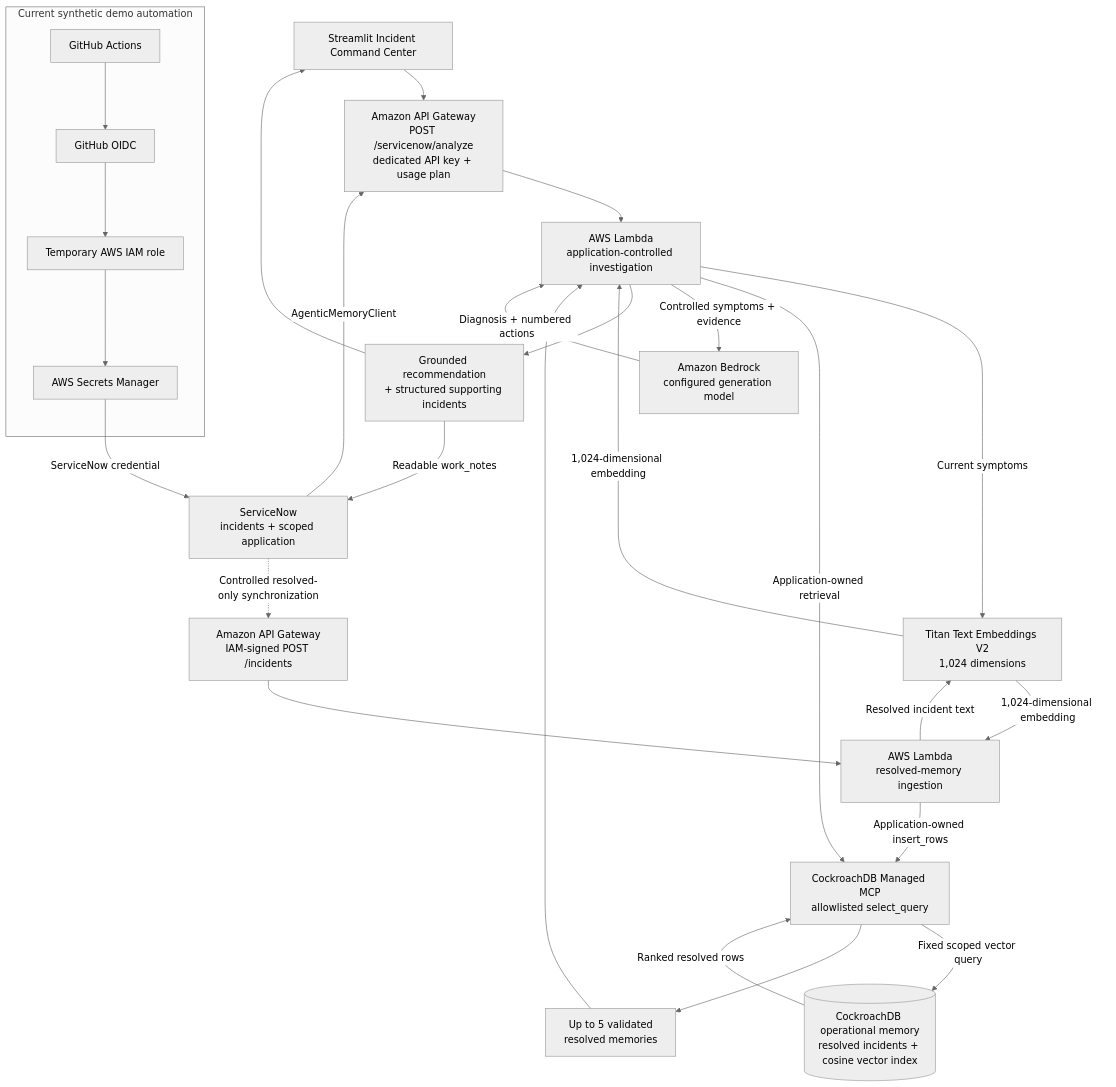
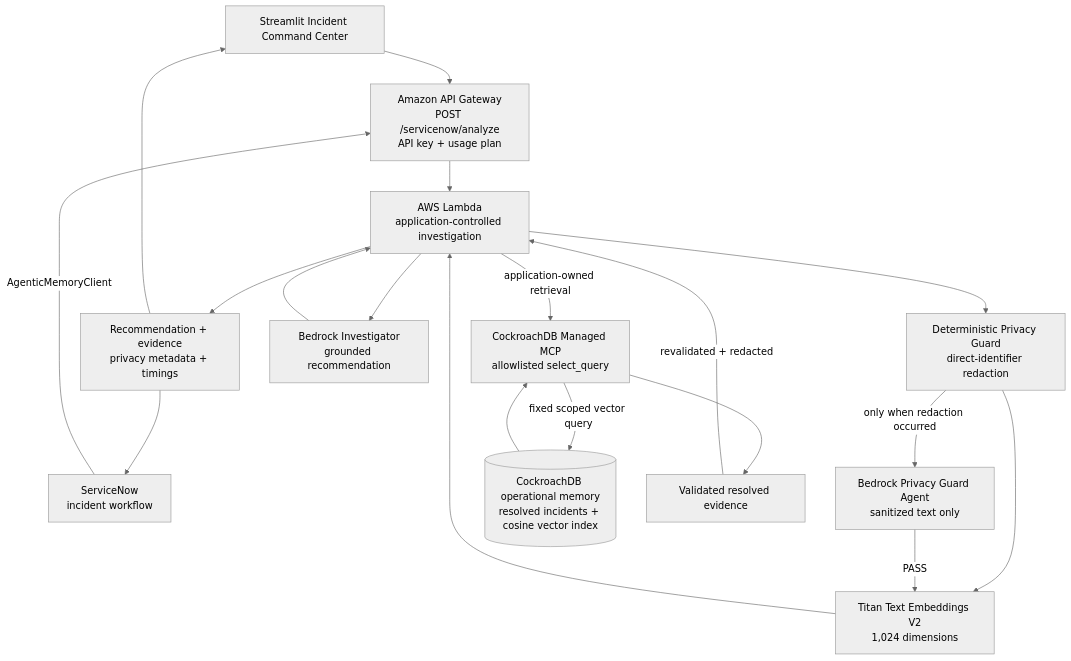
Before and after one commit to robert-lukowski/cockroach-agentic-memory: the diagram in README.md, drawn with Mermaid (neutral theme). The commit also changed other lines of this file, not shown here.

Commit message:
docs: promote Privacy Guard agent in hackathon README

````diff
--- a/README.md
+++ b/README.md
@@ -53,43 +58,34 @@
 ```mermaid
 flowchart TB
     UI["Streamlit Incident Command Center"]
-    SN["ServiceNow<br/>incidents + scoped application"]
-    API["Amazon API Gateway<br/>POST /servicenow/analyze<br/>dedicated API key + usage plan"]
+    SN["ServiceNow<br/>incident workflow"]
+    API["Amazon API Gateway<br/>POST /servicenow/analyze<br/>API key + usage plan"]
     LAMBDA["AWS Lambda<br/>application-controlled investigation"]
+    REDACT["Deterministic Privacy Guard<br/>direct-identifier redaction"]
+    AUDIT["Bedrock Privacy Guard Agent<br/>sanitized text only"]
     TITAN["Titan Text Embeddings V2<br/>1,024 dimensions"]
     MCP["CockroachDB Managed MCP<br/>allowlisted select_query"]
     MEMORY[("CockroachDB operational memory<br/>resolved incidents + cosine vector index")]
-    EVIDENCE["Up to 5 validated<br/>resolved memories"]
-    BEDROCK["Amazon Bedrock<br/>configured generation model"]
-    RESULT["Grounded recommendation<br/>+ structured supporting incidents"]
-    INGEST_API["Amazon API Gateway<br/>IAM-signed POST /incidents"]
-    INGEST_LAMBDA["AWS Lambda<br/>resolved-memory ingestion"]
+    EVIDENCE["Validated resolved evidence"]
+    BEDROCK["Bedrock Investigator<br/>grounded recommendation"]
+    RESULT["Recommendation + evidence<br/>privacy metadata + timings"]
 
     UI --> API
     SN -->|AgenticMemoryClient| API
     API --> LAMBDA
-    LAMBDA -->|Current symptoms| TITAN
-    TITAN -->|1,024-dimensional embedding| LAMBDA
-    LAMBDA -->|Application-owned retrieval| MCP
-    MCP -->|Fixed scoped vector query| MEMORY
-    MEMORY -->|Ranked resolved rows| MCP
+    LAMBDA --> REDACT
+    REDACT -->|only when redaction occurred| AUDIT
+    REDACT --> TITAN
+    AUDIT -->|PASS| TITAN
+    TITAN --> LAMBDA
+    LAMBDA -->|application-owned retrieval| MCP
+    MCP -->|fixed scoped vector query| MEMORY
+    MEMORY --> MCP
     MCP --> EVIDENCE
-    EVIDENCE --> LAMBDA
-    LAMBDA -->|Controlled symptoms + evidence| BEDROCK
-    BEDROCK -->|Diagnosis + numbered actions| LAMBDA
+    EVIDENCE -->|revalidated + redacted| LAMBDA
+    LAMBDA --> BEDROCK
+    BEDROCK --> LAMBDA
     LAMBDA --> RESULT
     RESULT --> UI
-    RESULT -->|Readable work_notes| SN
-
-    subgraph DEMO["Current synthetic demo automation"]
-        GHA["GitHub Actions"] --> OIDC["GitHub OIDC"]
-        OIDC --> ROLE["Temporary AWS IAM role"]
-        ROLE --> SECRETS["AWS Secrets Manager"]
-    end
-    SECRETS -->|ServiceNow credential| SN
-    SN -.->|Controlled resolved-only synchronization| INGEST_API
-    INGEST_API --> INGEST_LAMBDA
-    INGEST_LAMBDA -->|Resolved incident text| TITAN
-    TITAN -->|1,024-dimensional embedding| INGEST_LAMBDA
-    INGEST_LAMBDA -->|Application-owned insert_rows| MCP
+    RESULT --> SN
 ```
````
